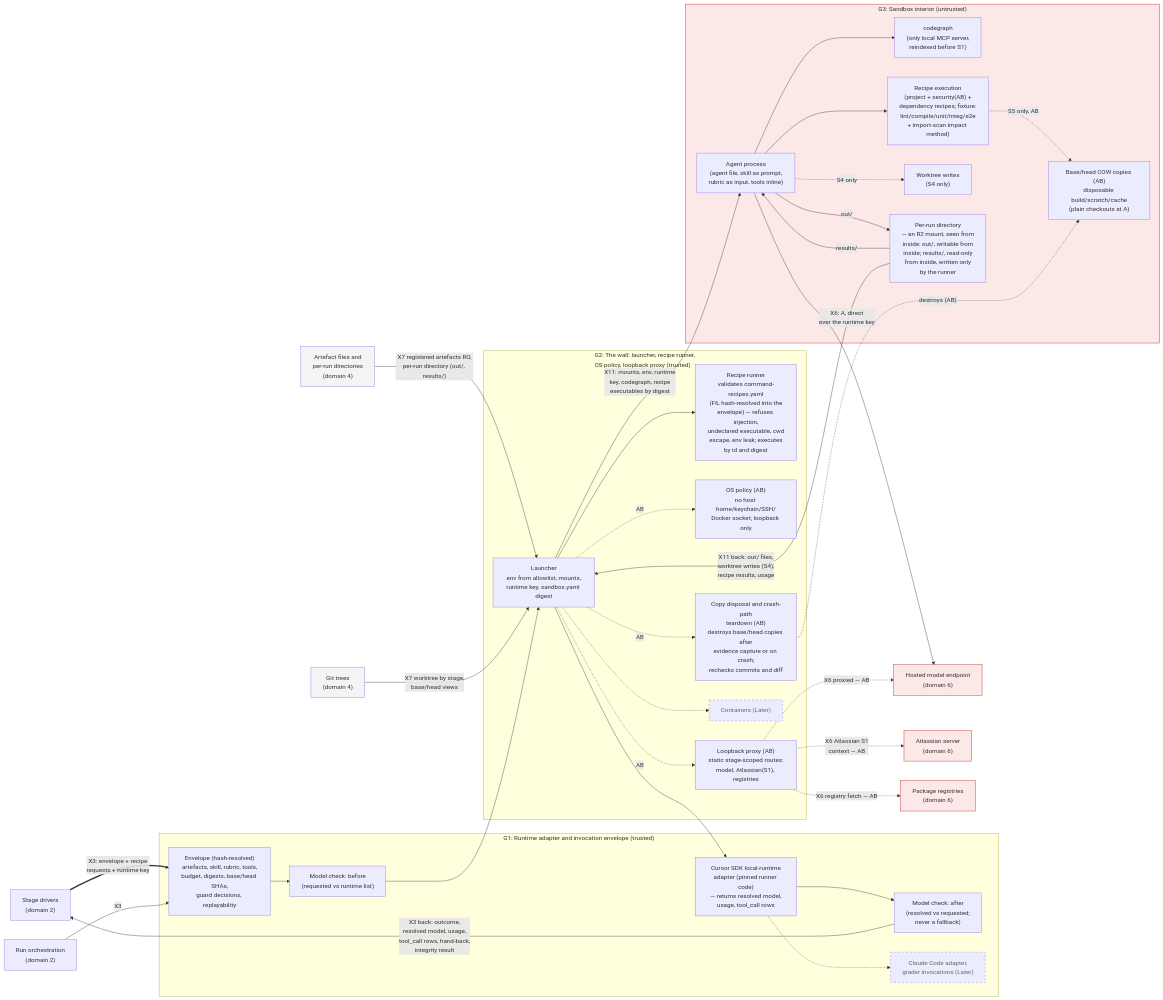
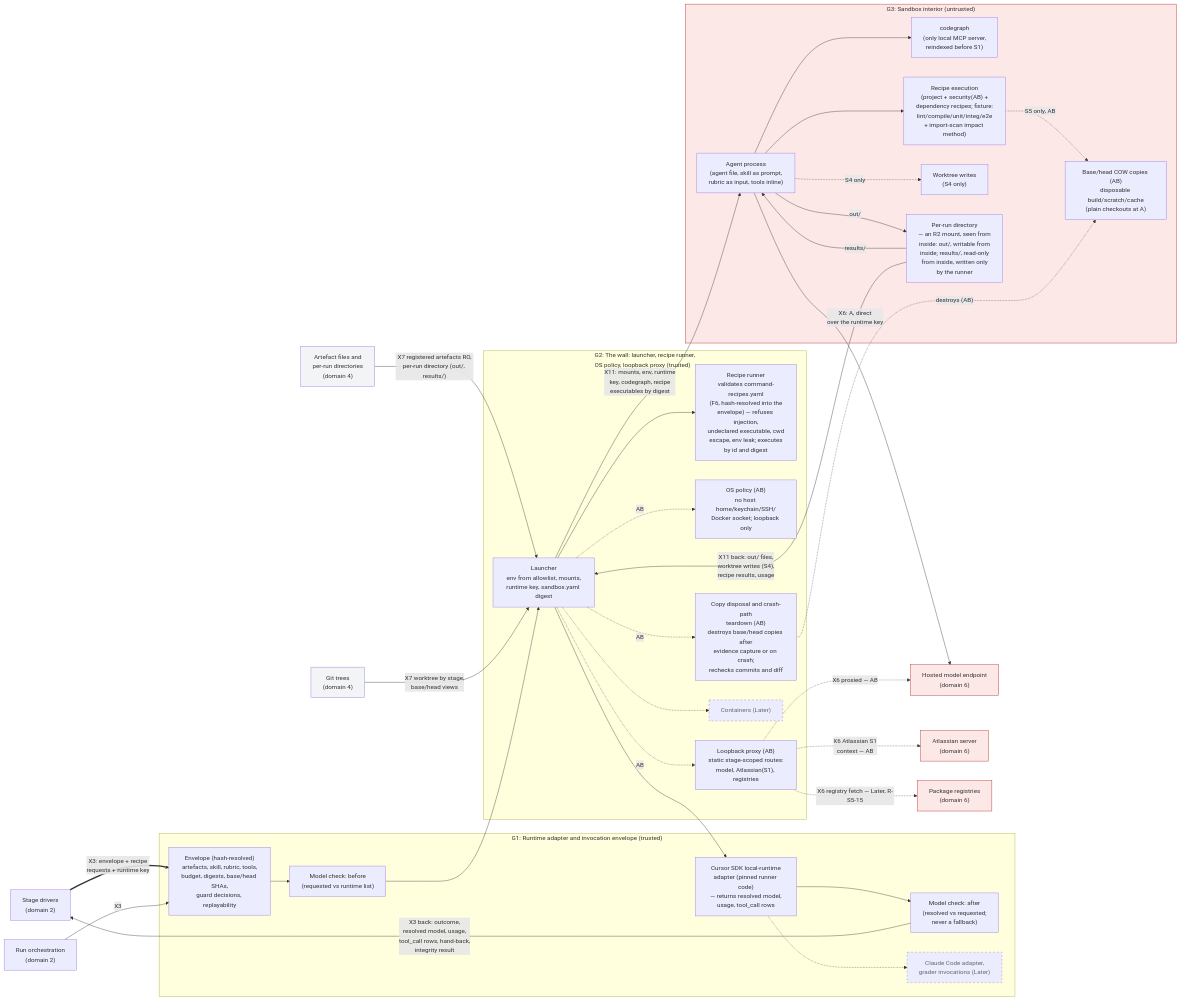
Before and after one commit to abhishekthakur7/software-factory: the first of 3 diagrams in docs/design/hld/L2-execution-boundary.md, drawn with Mermaid. The commit also changed other lines of this file and 21 other files, not shown here.

````diff
--- a/docs/design/hld/L2-execution-boundary.md
+++ b/docs/design/hld/L2-execution-boundary.md
@@ -23,73 +23,73 @@
 ```mermaid
 flowchart LR
   C6["Stage drivers<br/>(domain 2)"]
   C3["Run orchestration<br/>(domain 2)"]
   R2["Artefact files and<br/>per-run directories<br/>(domain 4)"]
   R3["Git trees<br/>(domain 4)"]
 
   subgraph G1["G1: Runtime adapter and invocation envelope (trusted)"]
     G1_envelope["Envelope (hash-resolved)<br/>artefacts, skill, rubric, tools,<br/>budget, digests, base/head SHAs,<br/>guard decisions, replayability"]
     G1_checkpre["Model check: before<br/>(requested vs runtime list)"]
     G1_adapter["Cursor SDK local-runtime<br/>adapter (pinned runner code)<br/>— returns resolved model,<br/>usage, tool_call rows"]
     G1_checkpost["Model check: after<br/>(resolved vs requested;<br/>never a fallback)"]
     G1_later["Claude Code adapter,<br/>grader invocations (Later)"]
     G1_envelope --> G1_checkpre
     G1_adapter --> G1_checkpost
     G1_adapter -.-> G1_later
   end
 
   subgraph G2["G2: The wall: launcher, recipe runner,<br/>OS policy, loopback proxy (trusted)"]
     G2_launcher["Launcher<br/>env from allowlist, mounts,<br/>runtime key, sandbox.yaml digest"]
     G2_reciperunner["Recipe runner<br/>validates command-recipes.yaml<br/>(F6, hash-resolved into the<br/>envelope) — refuses injection,<br/>undeclared executable, cwd<br/>escape, env leak; executes<br/>by id and digest"]
     G2_ospolicy["OS policy (AB)<br/>no host home/keychain/SSH/<br/>Docker socket; loopback only"]
     G2_proxy["Loopback proxy (AB)<br/>static stage-scoped routes:<br/>model, Atlassian(S1), registries"]
     G2_disposal["Copy disposal and crash-path<br/>teardown (AB)<br/>destroys base/head copies after<br/>evidence capture or on crash;<br/>rechecks commits and diff"]
     G2_later["Containers (Later)"]
     G2_launcher --> G2_reciperunner
     G2_launcher -.->|"AB"| G2_ospolicy
     G2_launcher -.->|"AB"| G2_proxy
     G2_launcher -.->|"AB"| G2_disposal
     G2_launcher -.-> G2_later
   end
 
   subgraph G3["G3: Sandbox interior (untrusted)"]
     G3_agent["Agent process<br/>(agent file, skill as prompt,<br/>rubric as input, tools inline)"]
     G3_codegraph["codegraph<br/>(only local MCP server,<br/>reindexed before S1)"]
     G3_recipe["Recipe execution<br/>(project + security(AB) +<br/>dependency recipes; fixture:<br/>lint/compile/unit/integ/e2e<br/>+ import-scan impact method)"]
     G3_s4write["Worktree writes<br/>(S4 only)"]
     G3_s5copies["Base/head COW copies (AB)<br/>disposable build/scratch/cache<br/>(plain checkouts at A)"]
     G3_rundir["Per-run directory<br/>— an R2 mount, seen from<br/>inside: out/, writable from<br/>inside; results/, read-only<br/>from inside, written only<br/>by the runner"]
     G3_rundir -->|"results/"| G3_agent
     G3_agent --> G3_codegraph
     G3_agent --> G3_recipe
     G3_agent -->|"out/"| G3_rundir
     G3_agent -.->|"S4 only"| G3_s4write
     G3_recipe -.->|"S5 only, AB"| G3_s5copies
   end
 
   E4["Hosted model endpoint<br/>(domain 6)"]
   E1["Atlassian server<br/>(domain 6)"]
   E6["Package registries<br/>(domain 6)"]
 
   C6 ==>|"X3: envelope + recipe<br/>requests + runtime key"| G1_envelope
   C3 -->|"X3"| G1_envelope
   G1_checkpre --> G2_launcher
   G2_launcher -->|"X11: mounts, env, runtime<br/>key, codegraph, recipe<br/>executables by digest"| G3_agent
   R2 -->|"X7 registered artefacts RO,<br/>per-run directory (out/, results/)"| G2_launcher
   R3 -->|"X7 worktree by stage,<br/>base/head views"| G2_launcher
   G2_disposal -.->|"destroys (AB)"| G3_s5copies
   G3_agent -->|"X6: A, direct<br/>over the runtime key"| E4
   G2_proxy -.->|"X6 proxied — AB"| E4
   G2_proxy -.->|"X6 Atlassian S1<br/>context — AB"| E1
-  G2_proxy -.->|"X6 registry fetch — AB"| E6
+  G2_proxy -.->|"X6 registry fetch — Later, R-S5-15"| E6
   G3_rundir -->|"X11 back: out/ files,<br/>worktree writes (S4),<br/>recipe results, usage"| G2_launcher
   G2_launcher --> G1_adapter
   G1_checkpost -->|"X3 back: outcome,<br/>resolved model, usage,<br/>tool_call rows, hand-back,<br/>integrity result"| C6
 
   classDef untrusted fill:#fde8e8,stroke:#b91c1c
   classDef later stroke-dasharray:5 5,color:#666
   classDef record fill:#f3f4f6
   class G3,E4,E1,E6 untrusted
   class G1_later,G2_later later
   class R2,R3 record
 ```
````
